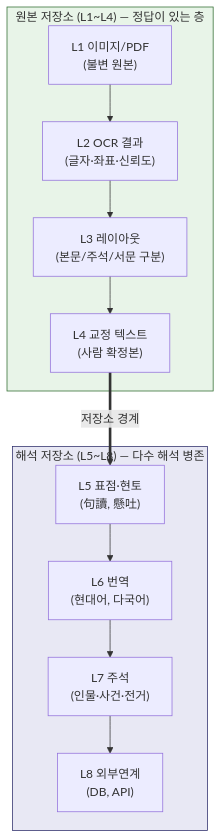
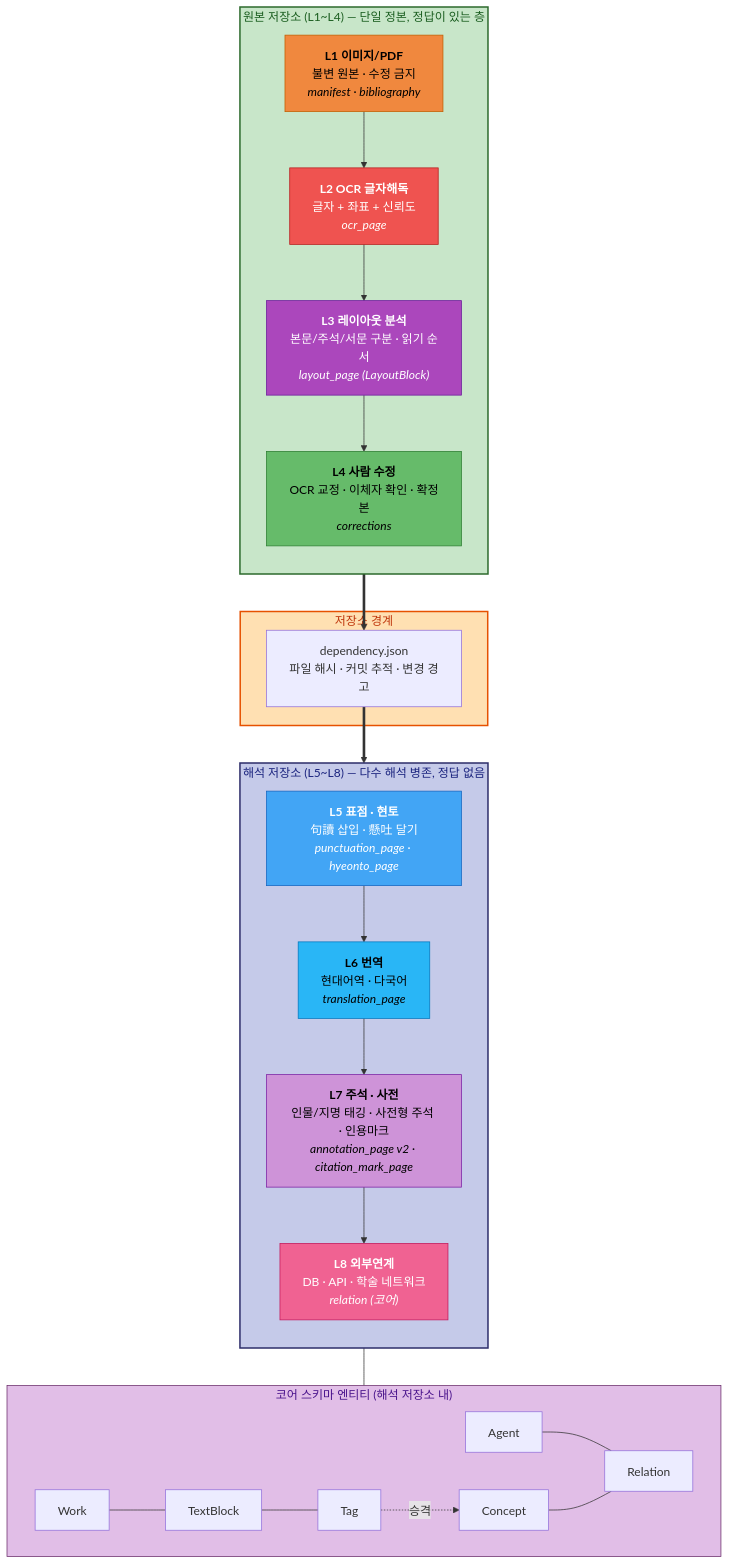
The first of 12 diagrams in docs/architecture-diagrams.md (hw725/classical-text-browser), drawn with Mermaid before and after one commit. The commit also changed other lines of this file and 2 other files, not shown here.

First line of the commit message:
docs: 아키텍처/스키마 문서 Mermaid 다이어그램으로 전면 재작성

````diff
--- a/docs/architecture-diagrams.md
+++ b/docs/architecture-diagrams.md
@@ -11,23 +15,54 @@
 ```mermaid
 flowchart TB
-  subgraph source["원본 저장소 (L1~L4) — 정답이 있는 층"]
-    L1["L1 이미지/PDF<br>(불변 원본)"]
-    L2["L2 OCR 결과<br>(글자·좌표·신뢰도)"]
-    L3["L3 레이아웃<br>(본문/주석/서문 구분)"]
-    L4["L4 교정 텍스트<br>(사람 확정본)"]
-    L1 --> L2 --> L3 --> L4
+  subgraph L1_4["원본 저장소 (L1~L4) — 단일 정본, 정답이 있는 층"]
+    direction TB
+    L1["<b>L1 이미지/PDF</b><br/>불변 원본 · 수정 금지<br/><i>manifest · bibliography</i>"]
+    L2["<b>L2 OCR 글자해독</b><br/>글자 + 좌표 + 신뢰도<br/><i>ocr_page</i>"]
+    L3["<b>L3 레이아웃 분석</b><br/>본문/주석/서문 구분 · 읽기 순서<br/><i>layout_page (LayoutBlock)</i>"]
+    L4["<b>L4 사람 수정</b><br/>OCR 교정 · 이체자 확인 · 확정본<br/><i>corrections</i>"]
+    L1 --> L2
+    L2 --> L3
+    L3 --> L4
   end
 
-  subgraph interp["해석 저장소 (L5~L8) — 다수 해석 병존"]
-    L5["L5 표점·현토<br>(句讀, 懸吐)"]
-    L6["L6 번역<br>(현대어, 다국어)"]
-    L7["L7 주석<br>(인물·사건·전거)"]
-    L8["L8 외부연계<br>(DB, API)"]
-    L5 --> L6 --> L7 --> L8
+  subgraph boundary["저장소 경계"]
+    dep["dependency.json<br/>파일 해시 · 커밋 추적 · 변경 경고"]
   end
 
-  L4 ==>|저장소 경계| L5
+  subgraph L5_8["해석 저장소 (L5~L8) — 다수 해석 병존, 정답 없음"]
+    direction TB
+    L5["<b>L5 표점 · 현토</b><br/>句讀 삽입 · 懸吐 달기<br/><i>punctuation_page · hyeonto_page</i>"]
+    L6["<b>L6 번역</b><br/>현대어역 · 다국어<br/><i>translation_page</i>"]
+    L7["<b>L7 주석 · 사전</b><br/>인물/지명 태깅 · 사전형 주석 · 인용마크<br/><i>annotation_page v2 · citation_mark_page</i>"]
+    L8["<b>L8 외부연계</b><br/>DB · API · 학술 네트워크<br/><i>relation (코어)</i>"]
+    L5 --> L6
+    L6 --> L7
+    L7 --> L8
+  end
 
-  style source fill:#e8f4e8,stroke:#2d6a2d
-  style interp fill:#e8e8f4,stroke:#2d2d6a
+  subgraph core["코어 스키마 엔티티 (해석 저장소 내)"]
+    direction LR
+    W["Work"] --- TB["TextBlock"]
+    TB --- T["Tag"]
+    T -.->|승격| C["Concept"]
+    A["Agent"] --- R["Relation"]
+    C --- R
+  end
+
+  L4 ==> dep
+  dep ==> L5
+  L5_8 --- core
+
+  style L1_4 fill:#c8e6c9,stroke:#2d6a2d,stroke-width:2px,color:#1b5e20
+  style L5_8 fill:#c5cae9,stroke:#2d2d6a,stroke-width:2px,color:#1a237e
+  style boundary fill:#ffe0b2,stroke:#e65100,stroke-width:2px,color:#bf360c
+  style core fill:#e1bee7,stroke:#6a2d6a,stroke-width:1px,color:#4a148c
+  style L1 fill:#f0883e,stroke:#c25e00,color:#000
+  style L2 fill:#ef5350,stroke:#b71c1c,color:#fff
+  style L3 fill:#ab47bc,stroke:#6a1b9a,color:#fff
+  style L4 fill:#66bb6a,stroke:#2e7d32,color:#000
+  style L5 fill:#42a5f5,stroke:#1565c0,color:#fff
+  style L6 fill:#29b6f6,stroke:#0277bd,color:#000
+  style L7 fill:#ce93d8,stroke:#7b1fa2,color:#000
+  style L8 fill:#f06292,stroke:#c2185b,color:#fff
 ```
````
